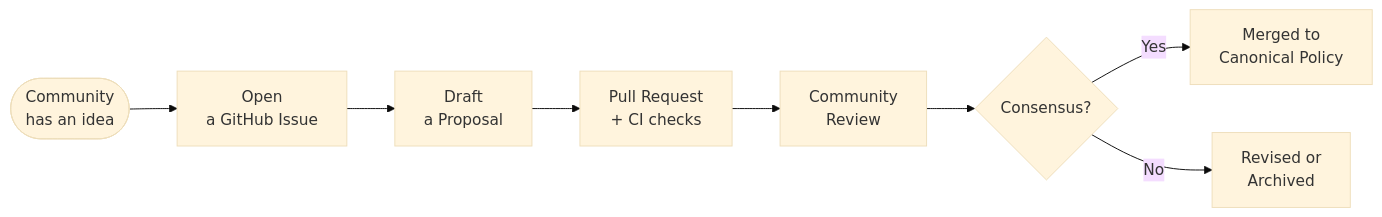
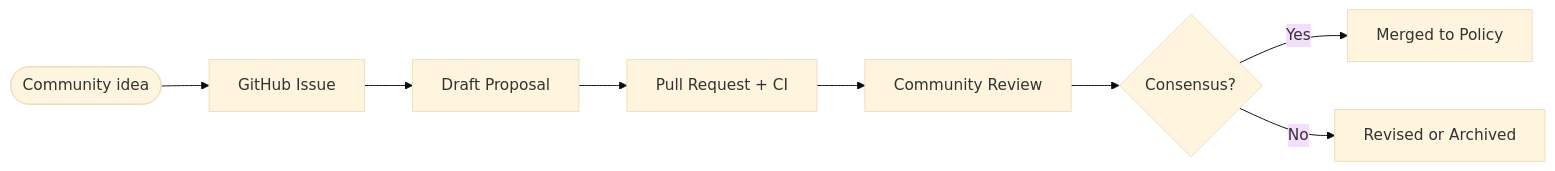
One commit to pancakesaregood/potato changed the diagram in README.md. Above: the diagram before and after it, drawn with Mermaid (base theme).

Commit message:
fix README mermaid diagram — remove unsupported \n in node labels

````diff
--- a/README.md
+++ b/README.md
@@ -16,10 +16,10 @@
 ```mermaid
 flowchart LR
-    A([Community\nhas an idea]) --> B[Open\na GitHub Issue]
-    B --> C[Draft\na Proposal]
-    C --> D[Pull Request\n+ CI checks]
-    D --> E[Community\nReview]
+    A([Community idea]) --> B[GitHub Issue]
+    B --> C[Draft Proposal]
+    C --> D[Pull Request + CI]
+    D --> E[Community Review]
     E --> F{Consensus?}
-    F -- Yes --> G[Merged to\nCanonical Policy]
-    F -- No --> H[Revised or\nArchived]
+    F -- Yes --> G[Merged to Policy]
+    F -- No --> H[Revised or Archived]
 ```
````
